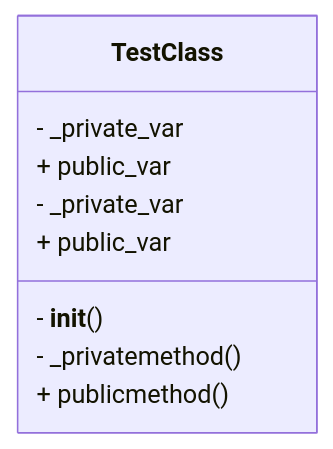
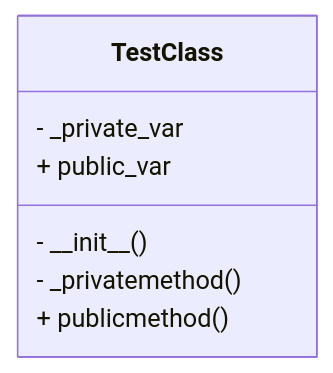
One commit to FabianGnatzig/MermaidGenerator changed the first of 2 diagrams in UML-Diagram.md. Above: the diagram before and after it, drawn with Mermaid. The commit also changed other lines of this file and 1 other file, not shown here.

Commit message:
fix: reused variables and underscores

````diff
--- a/UML-Diagram.md
+++ b/UML-Diagram.md
@@ -3,12 +3,10 @@
 ```mermaid
 classDiagram
     class TestClass {
-- _private_var
+- \_private\_var
 + public_var
-- _private_var
-+ public_var
-- __init__()
-- _privatemethod()
+- \_\_init\_\_()
+- \_privatemethod()
 + publicmethod()
 }
 ```
````
